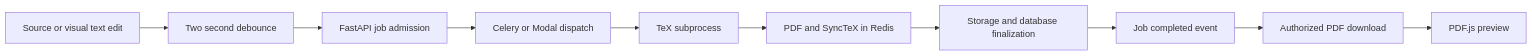
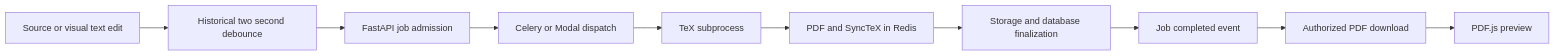
One commit to sanskarpan/Latexy changed the first of 2 diagrams in docs/RESUME_ENGINE_ARCHITECTURE.md. Above: the diagram before and after it, drawn with Mermaid. The commit also changed other lines of this file, not shown here.

````diff
--- a/docs/RESUME_ENGINE_ARCHITECTURE.md
+++ b/docs/RESUME_ENGINE_ARCHITECTURE.md
@@ -35,12 +37,12 @@
 ```mermaid
 flowchart LR
-    Edit[Source or visual text edit] --> Debounce[Two second debounce]
+    Edit[Source or visual text edit] --> Debounce[Historical two second debounce]
     Debounce --> API[FastAPI job admission]
     API --> Dispatch[Celery or Modal dispatch]
     Dispatch --> TeX[TeX subprocess]
     TeX --> Cache[PDF and SyncTeX in Redis]
     Cache --> Finalize[Storage and database finalization]
     Finalize --> Complete[Job completed event]
     Complete --> Download[Authorized PDF download]
     Download --> Preview[PDF.js preview]
 ```
````
